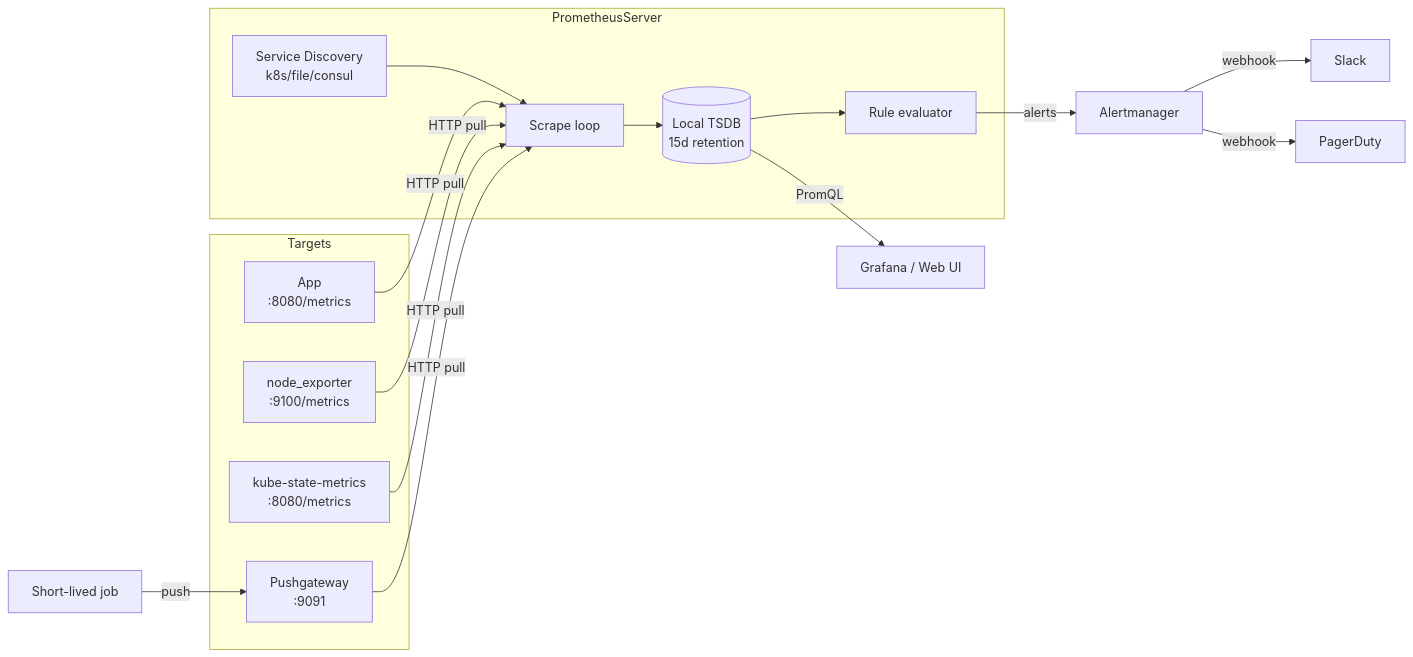
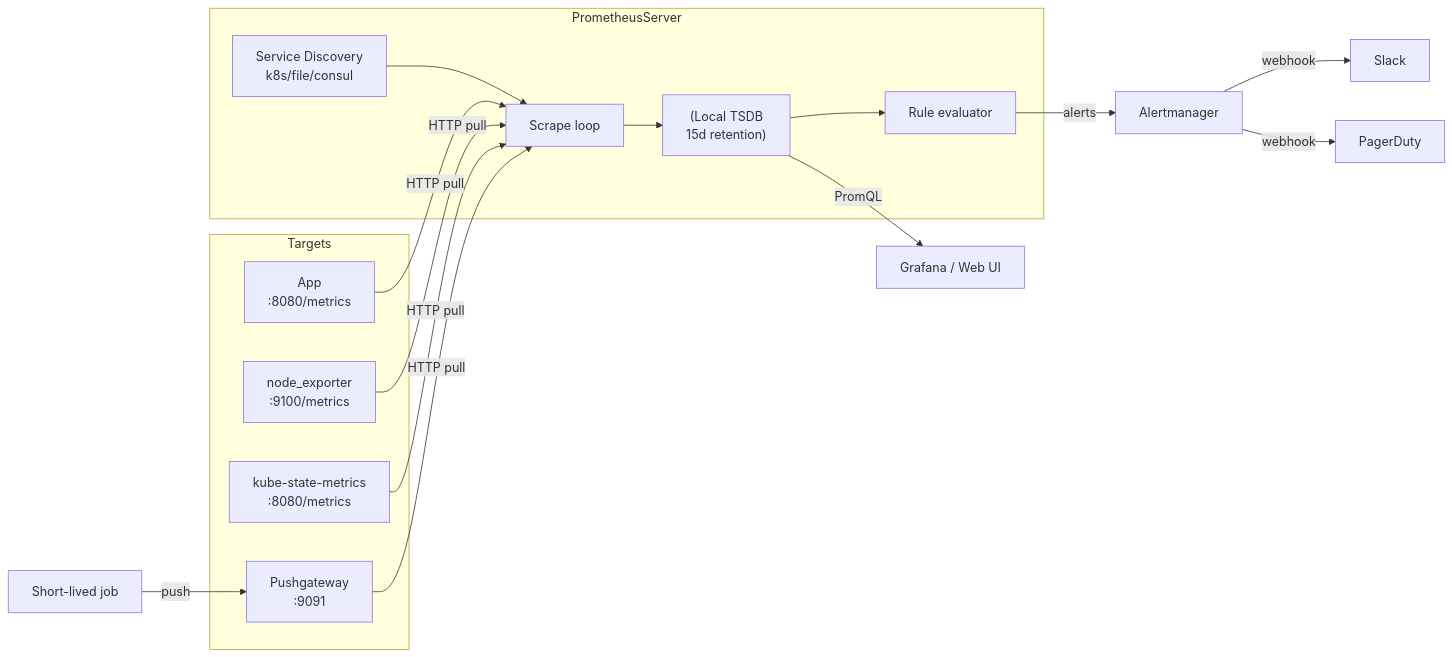
One commit to srinivaskona7/devops-learning changed the diagram in 05-monitoring/02-prometheus/README.md. Above: the diagram before and after it, drawn with Mermaid. The commit also changed 220 other files, not shown here.

````diff
--- a/05-monitoring/02-prometheus/README.md
+++ b/05-monitoring/02-prometheus/README.md
@@ -12,30 +12,30 @@
 ```mermaid
 flowchart LR
     subgraph Targets
-        APP[App<br/>:8080/metrics]
-        NODE[node_exporter<br/>:9100/metrics]
-        KSM[kube-state-metrics<br/>:8080/metrics]
-        PG[Pushgateway<br/>:9091]
+        APP["App<br/>:8080/metrics"]
+        NODE["node_exporter<br/>:9100/metrics"]
+        KSM["kube-state-metrics<br/>:8080/metrics"]
+        PG["Pushgateway<br/>:9091"]
     end
 
     BATCH[Short-lived job] -->|push| PG
 
     subgraph PrometheusServer
-        SD[Service Discovery<br/>k8s/file/consul]
+        SD["Service Discovery<br/>k8s/file/consul"]
         SCRAPE[Scrape loop]
-        TSDB[(Local TSDB<br/>15d retention)]
+        TSDB["(Local TSDB<br/>15d retention)"]
         RULES[Rule evaluator]
     end
 
     SD --> SCRAPE
     APP -->|HTTP pull| SCRAPE
     NODE -->|HTTP pull| SCRAPE
     KSM -->|HTTP pull| SCRAPE
     PG -->|HTTP pull| SCRAPE
     SCRAPE --> TSDB
     TSDB --> RULES
 
     RULES -->|alerts| AM[Alertmanager]
     TSDB -->|PromQL| UI[Grafana / Web UI]
     AM -->|webhook| Slack & PD[PagerDuty]
 ```
````
